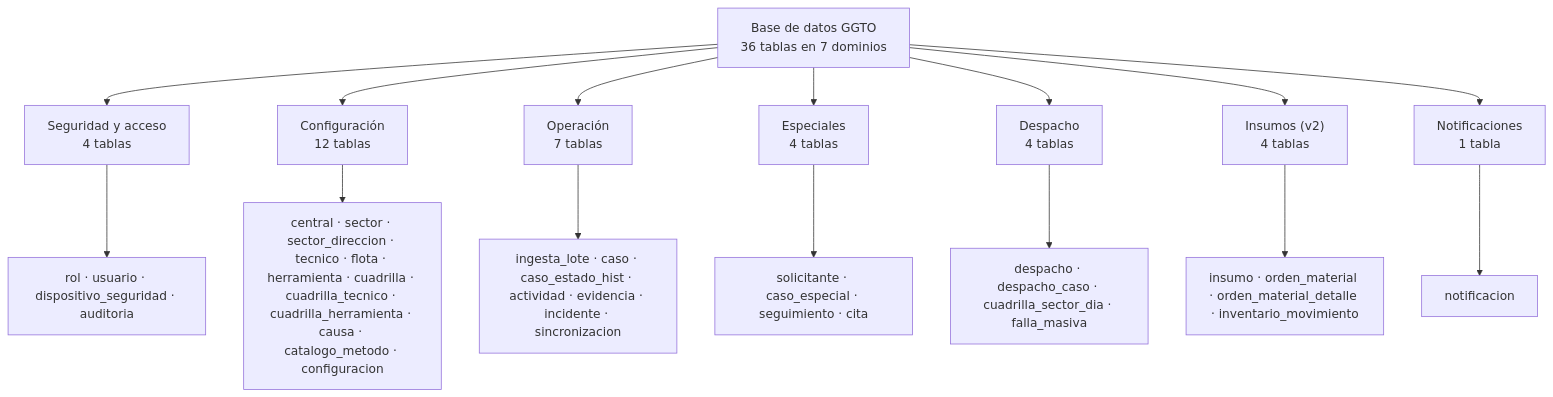
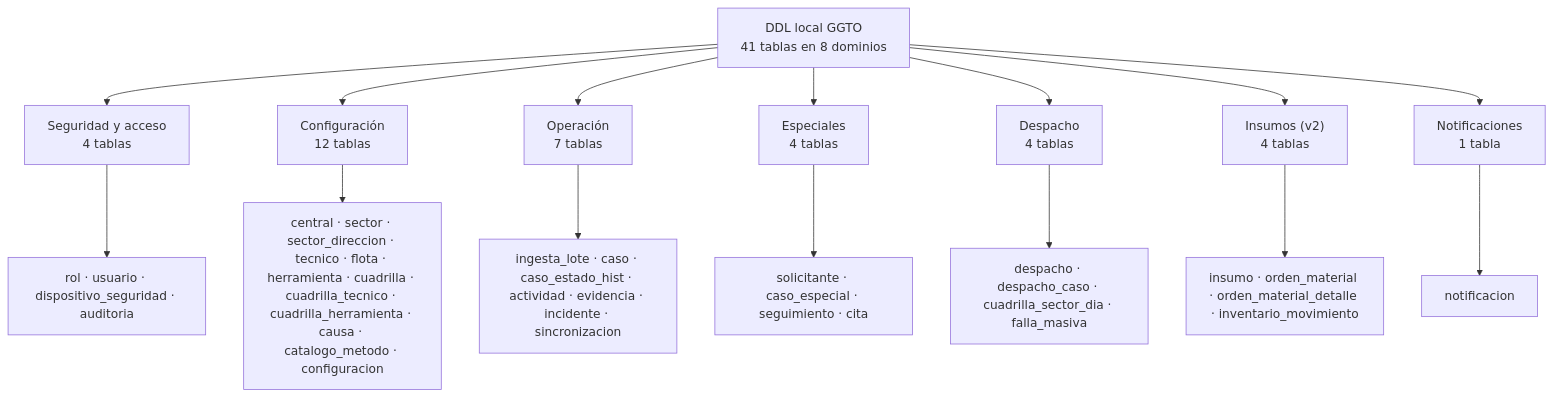
The first of 2 diagrams in docs/Manuales/05-Diccionario-de-Datos/01-entidades.md (anlucorporations/GGTO), drawn with Mermaid before and after one commit. The commit also changed other lines of this file and 259 other files, not shown here.

````diff
--- a/docs/Manuales/05-Diccionario-de-Datos/01-entidades.md
+++ b/docs/Manuales/05-Diccionario-de-Datos/01-entidades.md
@@ -84,18 +86,18 @@
 ```mermaid
 flowchart TB
-    BASE["Base de datos GGTO<br/>36 tablas en 7 dominios"]
+    BASE["DDL local GGTO<br/>41 tablas en 8 dominios"]
     BASE --> D1["Seguridad y acceso<br/>4 tablas"]
     BASE --> D2["Configuración<br/>12 tablas"]
     BASE --> D3["Operación<br/>7 tablas"]
     BASE --> D4["Especiales<br/>4 tablas"]
     BASE --> D5["Despacho<br/>4 tablas"]
     BASE --> D6["Insumos (v2)<br/>4 tablas"]
     BASE --> D7["Notificaciones<br/>1 tabla"]
     D1 --> T1["rol · usuario · dispositivo_seguridad · auditoria"]
     D2 --> T2["central · sector · sector_direccion · tecnico · flota · herramienta · cuadrilla · cuadrilla_tecnico · cuadrilla_herramienta · causa · catalogo_metodo · configuracion"]
     D3 --> T3["ingesta_lote · caso · caso_estado_hist · actividad · evidencia · incidente · sincronizacion"]
     D4 --> T4["solicitante · caso_especial · seguimiento · cita"]
     D5 --> T5["despacho · despacho_caso · cuadrilla_sector_dia · falla_masiva"]
     D6 --> T6["insumo · orden_material · orden_material_detalle · inventario_movimiento"]
     D7 --> T7["notificacion"]
 ```
````
